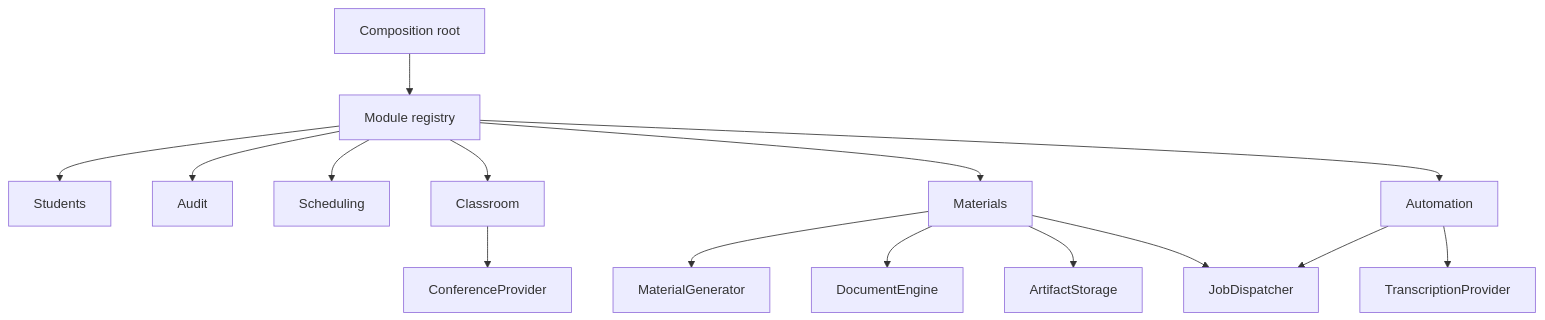
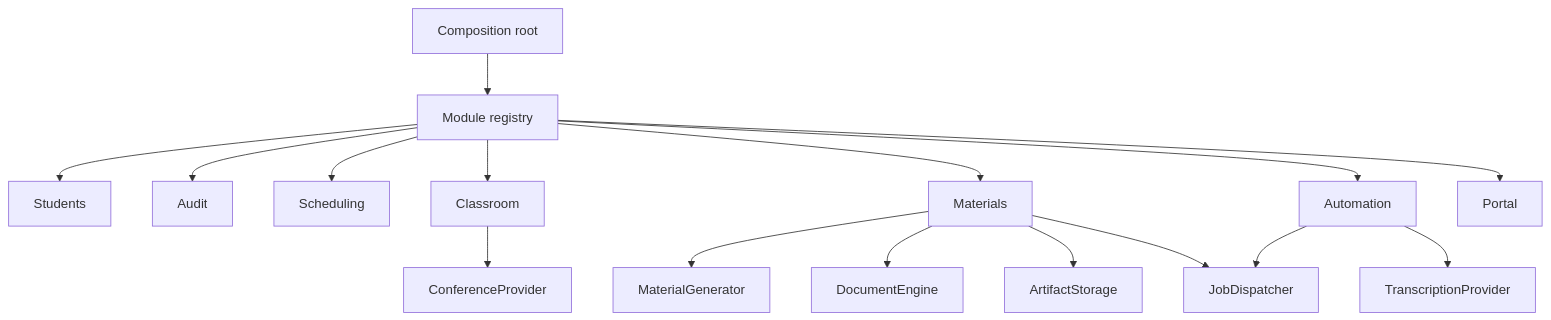
One commit to ArtemLevin/tutor-assistant-web changed the first of 4 diagrams in docs/architecture.md. Above: the diagram before and after it, drawn with Mermaid. The commit also changed other lines of this file and 38 other files, not shown here.

````diff
--- a/docs/architecture.md
+++ b/docs/architecture.md
@@ -8,17 +8,18 @@
 ```mermaid
 flowchart TB
     App[Composition root] --> Registry[Module registry]
     Registry --> Students[Students]
     Registry --> Audit[Audit]
     Registry --> Schedule[Scheduling]
     Registry --> Classroom[Classroom]
     Registry --> Materials[Materials]
     Registry --> Automation[Automation]
+    Registry --> Portal[Portal]
     Classroom --> Conference[ConferenceProvider]
     Materials --> Generator[MaterialGenerator]
     Materials --> Documents[DocumentEngine]
     Materials --> Storage[ArtifactStorage]
     Materials --> Jobs[JobDispatcher]
     Automation --> Speech[TranscriptionProvider]
     Automation --> Jobs
 ```
````
